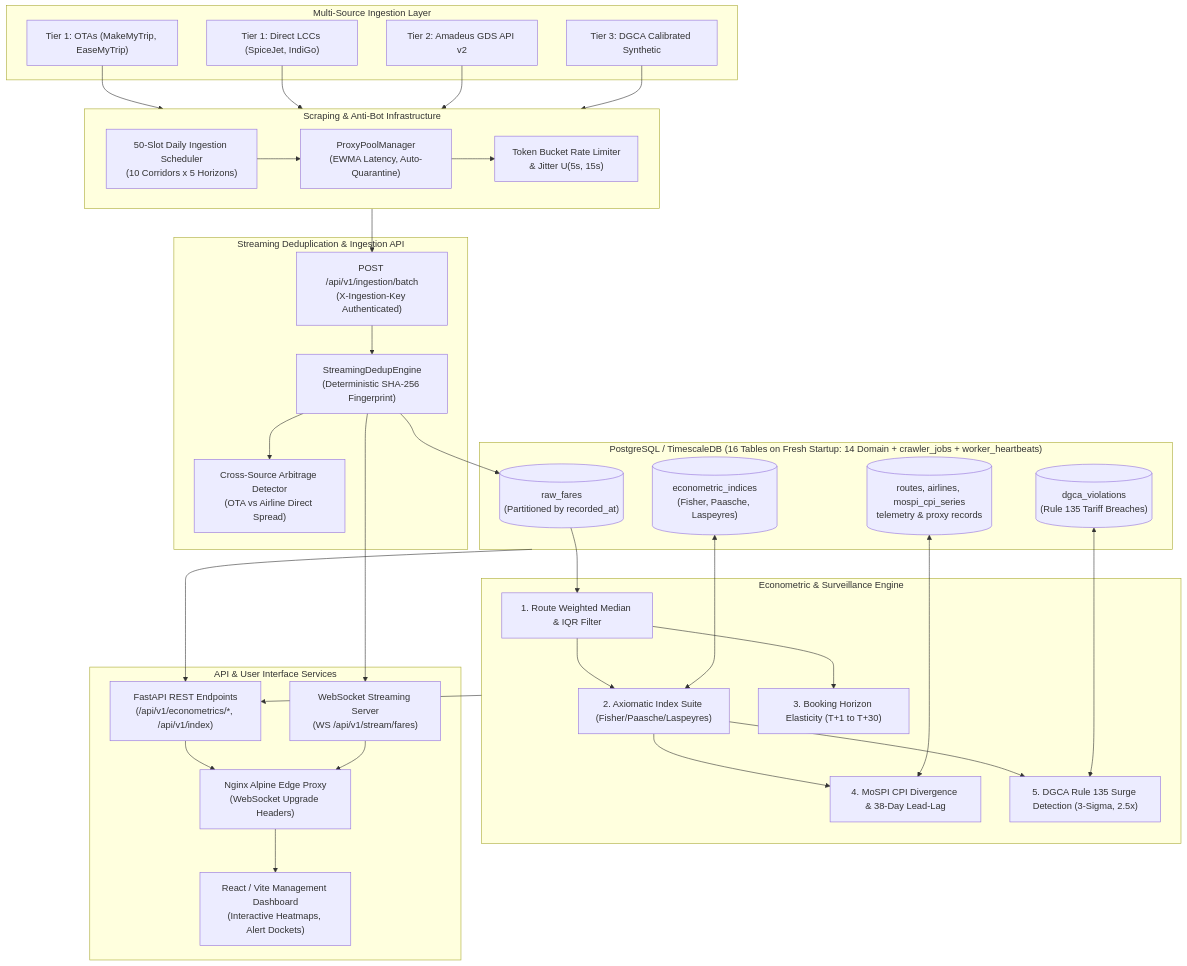
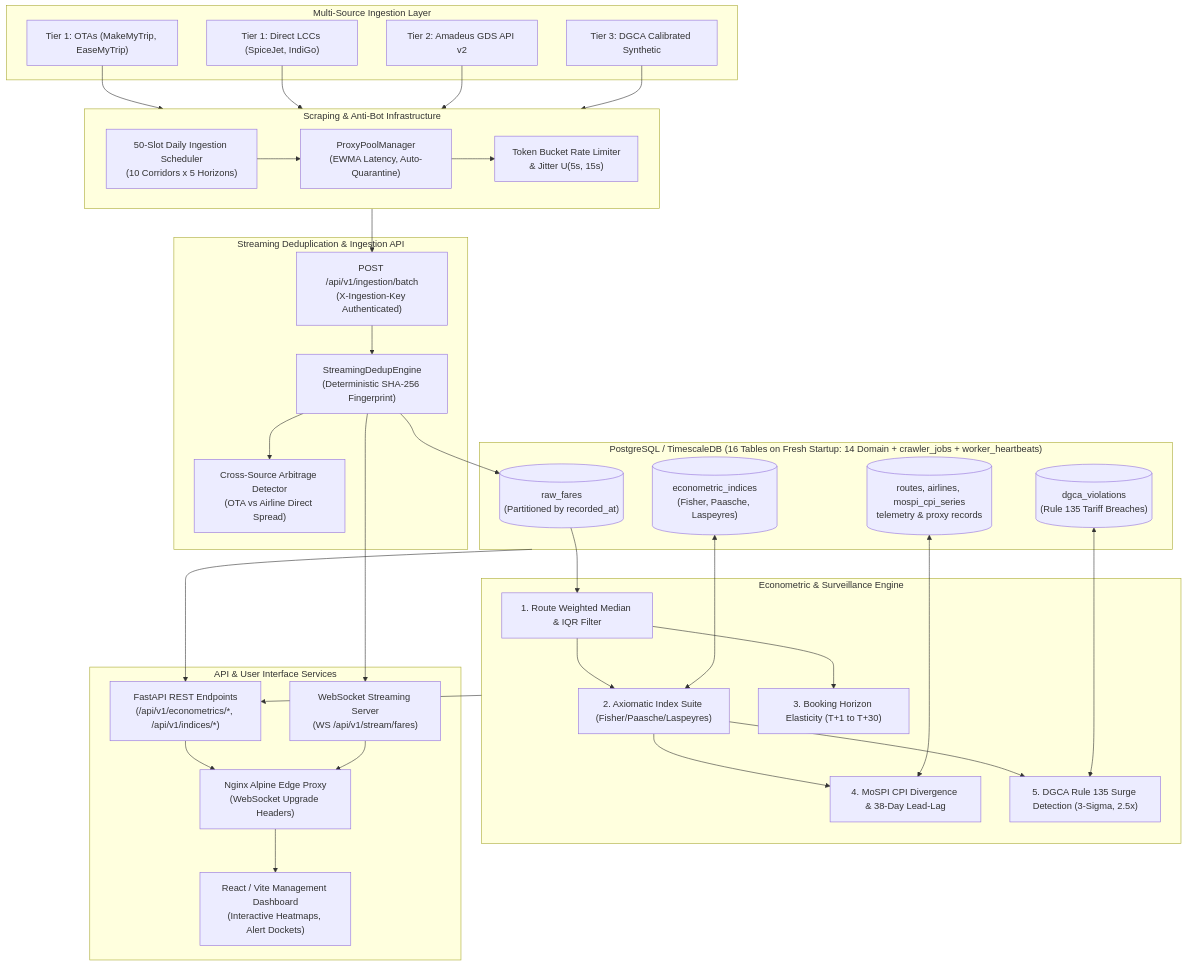
Before and after one commit to SameerKumar05/APIx: the first of 5 diagrams in docs/APIX_MASTER_SPECIFICATION.md, drawn with Mermaid. The commit also changed other lines of this file and 10 other files, not shown here.

First line of the commit message:
docs: align every deployment and architecture claim with the code

````diff
--- a/docs/APIX_MASTER_SPECIFICATION.md
+++ b/docs/APIX_MASTER_SPECIFICATION.md
@@ -70,70 +70,70 @@
 ```mermaid
 flowchart TD
     subgraph IngestionSources ["Multi-Source Ingestion Layer"]
         OTA["Tier 1: OTAs (MakeMyTrip, EaseMyTrip)"]
         AIR["Tier 1: Direct LCCs (SpiceJet, IndiGo)"]
         GDS["Tier 2: Amadeus GDS API v2"]
         SYN["Tier 3: DGCA Calibrated Synthetic"]
     end
 
     subgraph ScrapingEngine ["Scraping & Anti-Bot Infrastructure"]
         SCHED["50-Slot Daily Ingestion Scheduler<br/>(10 Corridors x 5 Horizons)"]
         PROXY["ProxyPoolManager<br/>(EWMA Latency, Auto-Quarantine)"]
         RATELIM["Token Bucket Rate Limiter<br/>& Jitter U(5s, 15s)"]
         SCHED --> PROXY --> RATELIM
     end
 
     OTA --> ScrapingEngine
     AIR --> ScrapingEngine
     GDS --> ScrapingEngine
     SYN --> ScrapingEngine
 
     subgraph StreamingPipeline ["Streaming Deduplication & Ingestion API"]
         BATCH_API["POST /api/v1/ingestion/batch<br/>(X-Ingestion-Key Authenticated)"]
         DEDUP["StreamingDedupEngine<br/>(Deterministic SHA-256 Fingerprint)"]
         ARBITRAGE["Cross-Source Arbitrage Detector<br/>(OTA vs Airline Direct Spread)"]
         BATCH_API --> DEDUP --> ARBITRAGE
     end
 
     ScrapingEngine --> BATCH_API
 
     subgraph StorageLayer ["PostgreSQL / TimescaleDB (16 Tables on Fresh Startup: 14 Domain + crawler_jobs + worker_heartbeats)"]
         RAW[("raw_fares<br/>(Partitioned by recorded_at)")]
         ECON[("econometric_indices<br/>(Fisher, Paasche, Laspeyres)")]
         VIOL[("dgca_violations<br/>(Rule 135 Tariff Breaches)")]
         META[("routes, airlines, mospi_cpi_series<br/>telemetry & proxy records")]
     end
 
     DEDUP --> RAW
 
     subgraph EconometricEngine ["Econometric & Surveillance Engine"]
         REP["1. Route Weighted Median & IQR Filter"]
         SUPER["2. Axiomatic Index Suite (Fisher/Paasche/Laspeyres)"]
         ELAST["3. Booking Horizon Elasticity (T+1 to T+30)"]
         GAP["4. MoSPI CPI Divergence & 38-Day Lead-Lag"]
         RULE135["5. DGCA Rule 135 Surge Detection (3-Sigma, 2.5x)"]
         
         REP --> SUPER --> GAP
         REP --> ELAST
         SUPER --> RULE135
     end
 
     RAW --> REP
     ECON <--> SUPER
     VIOL <--> RULE135
     META <--> GAP
 
     subgraph DeliveryLayer ["API & User Interface Services"]
-        REST["FastAPI REST Endpoints<br/>(/api/v1/econometrics/*, /api/v1/index)"]
+        REST["FastAPI REST Endpoints<br/>(/api/v1/econometrics/*, /api/v1/indices/*)"]
         WS["WebSocket Streaming Server<br/>(WS /api/v1/stream/fares)"]
         DASH["React / Vite Management Dashboard<br/>(Interactive Heatmaps, Alert Dockets)"]
         NGINX["Nginx Alpine Edge Proxy<br/>(WebSocket Upgrade Headers)"]
     end
 
     StorageLayer --> REST
     EconometricEngine --> REST
     DEDUP --> WS
     REST --> NGINX
     WS --> NGINX
     NGINX --> DASH
 ```
````
